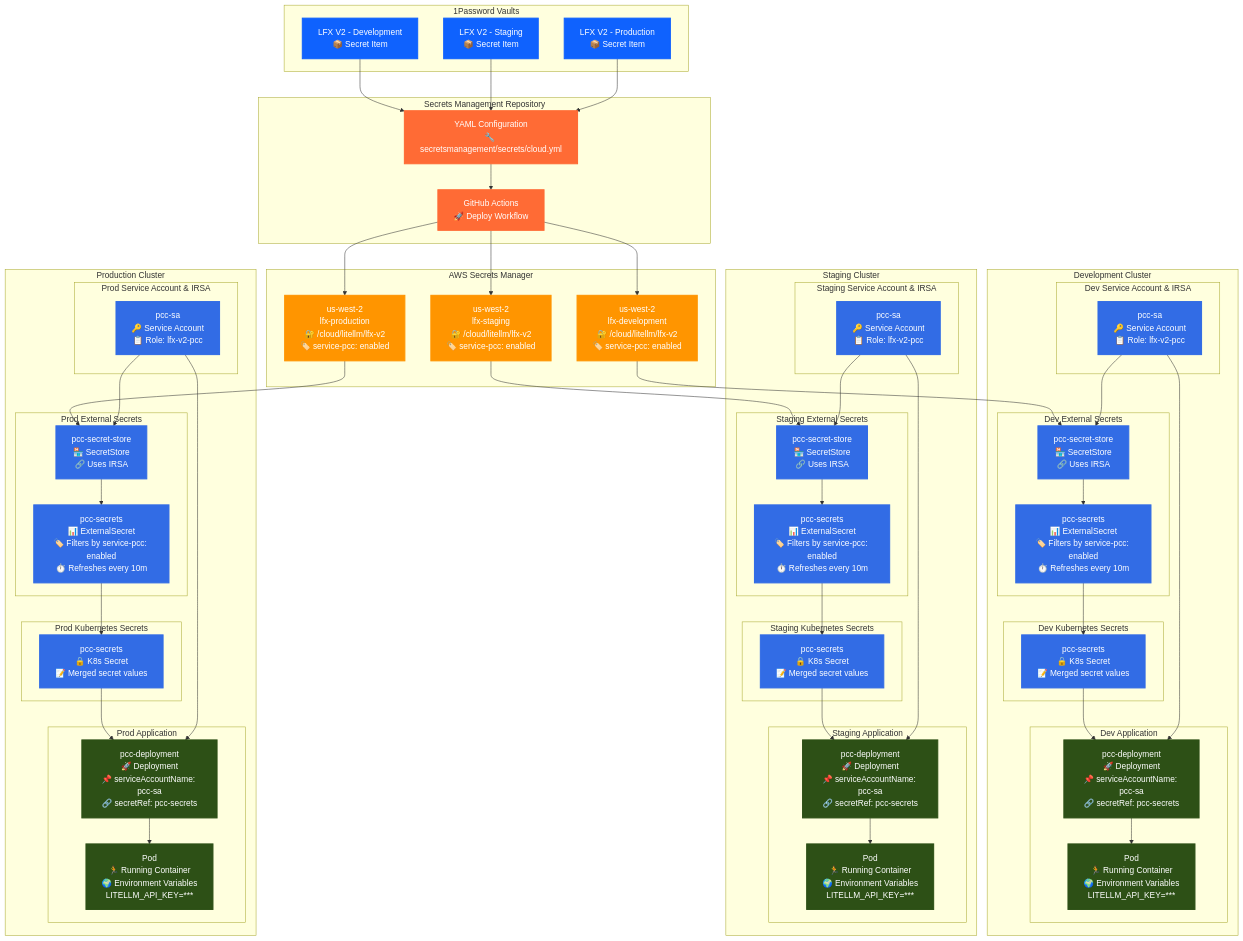
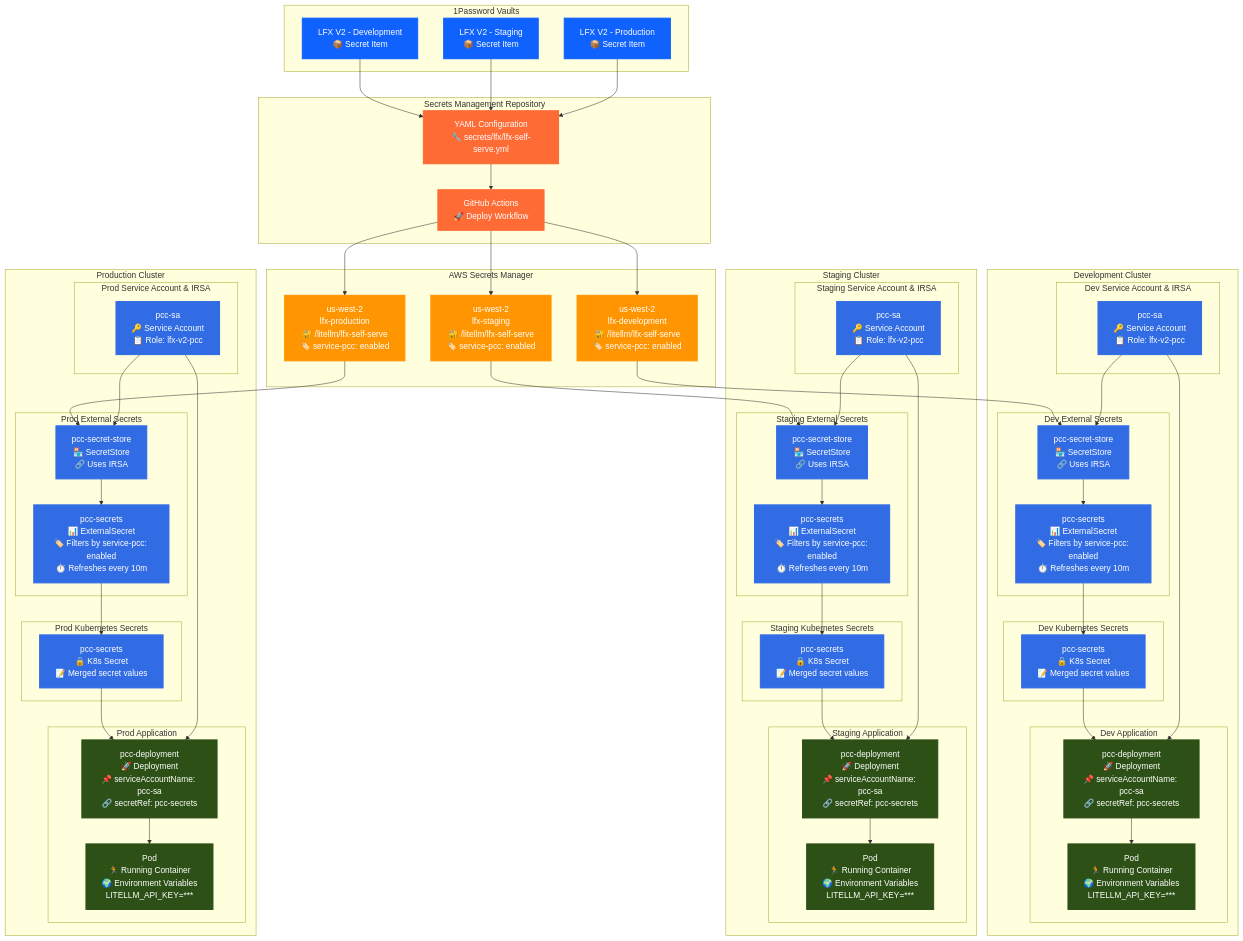
One commit to linuxfoundation/lfx-engineering changed the diagram in lfx_one/secrets-management.md. Above: the diagram before and after it, drawn with Mermaid. The commit also changed other lines of this file, not shown here.

```diff
--- a/lfx_one/secrets-management.md
+++ b/lfx_one/secrets-management.md
@@ -79,14 +79,14 @@
     end
 
     subgraph "Secrets Management Repository"
-        YAML["YAML Configuration<br/>🔧 secretsmanagement/secrets/cloud.yml"]
+        YAML["YAML Configuration<br/>🔧 secrets/lfx/lfx-self-serve.yml"]
         GA["GitHub Actions<br/>🚀 Deploy Workflow"]
     end
 
     subgraph "AWS Secrets Manager"
-        ASM1["us-west-2<br/>lfx-development<br/>🔐 /cloud/litellm/lfx-v2<br/>🏷️ service-pcc: enabled"]
-        ASM2["us-west-2<br/>lfx-staging<br/>🔐 /cloud/litellm/lfx-v2<br/>🏷️ service-pcc: enabled"]
-        ASM3["us-west-2<br/>lfx-production<br/>🔐 /cloud/litellm/lfx-v2<br/>🏷️ service-pcc: enabled"]
+        ASM1["us-west-2<br/>lfx-development<br/>🔐 /litellm/lfx-self-serve<br/>🏷️ service-pcc: enabled"]
+        ASM2["us-west-2<br/>lfx-staging<br/>🔐 /litellm/lfx-self-serve<br/>🏷️ service-pcc: enabled"]
+        ASM3["us-west-2<br/>lfx-production<br/>🔐 /litellm/lfx-self-serve<br/>🏷️ service-pcc: enabled"]
     end
 
     subgraph "Development Cluster"
```
